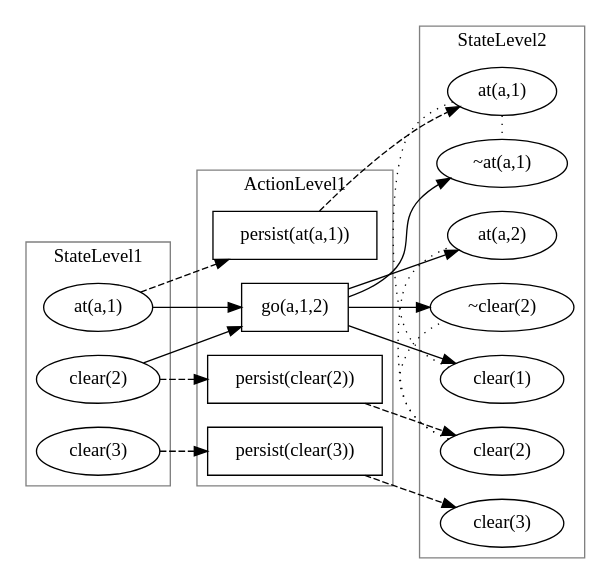
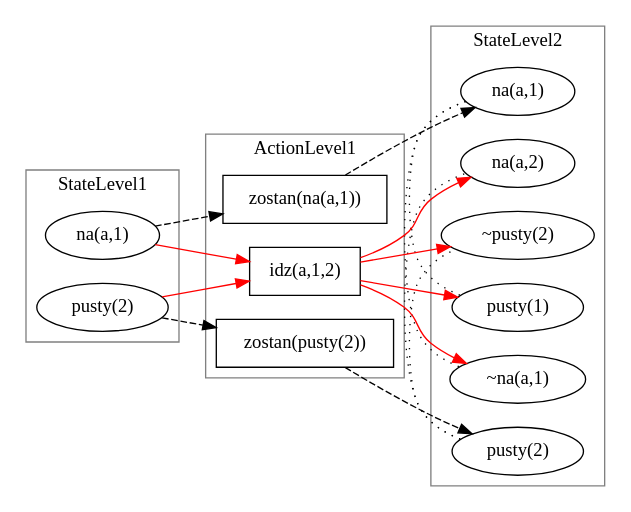
One commit to 41761707/Inzynierka changed the diagram in Inzynierka/sources/GRAPHPLAN.gv. Above: the diagram before and after it, drawn with Graphviz. The commit also changed 4 other files, not shown here.

```diff
--- a/Inzynierka/sources/GRAPHPLAN.gv
+++ b/Inzynierka/sources/GRAPHPLAN.gv
@@ -1,46 +1,41 @@
 digraph G {
 	subgraph cluster_StateLevel1 {
 		color=gray
 		label=StateLevel1
-		"at(a,1)1" [label="at(a,1)" shape=oval]
-		"clear(2)1" [label="clear(2)" shape=oval]
-		"clear(3)1" [label="clear(3)" shape=oval]
+		"na(a,1)1" [label="na(a,1)" shape=oval]
+		"pusty(2)1" [label="pusty(2)" shape=oval]
 	}
-	"at(a,1)2" -> "clear(1)2" [arrowhead=none constraint=false style=dotted]
-	"at(a,1)2" -> "~at(a,1)2" [arrowhead=none constraint=false style=dotted]
-	"clear(2)2" -> "at(a,2)2" [arrowhead=none constraint=false style=dotted]
-	"clear(2)2" -> "~clear(2)2" [arrowhead=none constraint=false style=dotted]
+	"na(a,1)2" -> "pusty(1)2" [arrowhead=none constraint=false style=dotted]
+	"na(a,1)2" -> "~na(a,1)2" [arrowhead=none constraint=false style=dotted]
+	"pusty(2)2" -> "na(a,2)2" [arrowhead=none constraint=false style=dotted]
+	"pusty(2)2" -> "~pusty(2)2" [arrowhead=none constraint=false style=dotted]
 	subgraph cluster_ActionLevel1 {
 		color=gray
 		label=ActionLevel1
-		"persist(clear(3))1" [label="persist(clear(3))" shape=box]
-		"persist(clear(2))1" [label="persist(clear(2))" shape=box]
-		"persist(at(a,1))1" [label="persist(at(a,1))" shape=box]
-		"go(a,1,2)1" [label="go(a,1,2)" shape=box]
-		"persist(at(a,1))1" [label="persist(at(a,1))" shape=box]
+		"zostan(pusty(2))1" [label="zostan(pusty(2))" shape=box]
+		"zostan(na(a,1))1" [label="zostan(na(a,1))" shape=box]
+		"idz(a,1,2)1" [label="idz(a,1,2)" shape=box]
+		"zostan(na(a,1))1" [label="zostan(na(a,1))" shape=box]
 	}
 	subgraph cluster_StateLevel2 {
 		color=gray
 		label=StateLevel2
-		"clear(3)2" [label="clear(3)" shape=oval]
-		"clear(2)2" [label="clear(2)" shape=oval]
-		"at(a,1)2" [label="at(a,1)" shape=oval]
-		"~clear(2)2" [label="~clear(2)" shape=oval]
-		"~at(a,1)2" [label="~at(a,1)" shape=oval]
-		"clear(1)2" [label="clear(1)" shape=oval]
-		"at(a,2)2" [label="at(a,2)" shape=oval]
+		"pusty(2)2" [label="pusty(2)" shape=oval]
+		"na(a,1)2" [label="na(a,1)" shape=oval]
+		"~pusty(2)2" [label="~pusty(2)" shape=oval]
+		"~na(a,1)2" [label="~na(a,1)" shape=oval]
+		"pusty(1)2" [label="pusty(1)" shape=oval]
+		"na(a,2)2" [label="na(a,2)" shape=oval]
 	}
-	"at(a,1)1" -> "persist(at(a,1))1" [style=dashed]
-	"persist(at(a,1))1" -> "at(a,1)2" [style=dashed]
-	"at(a,1)1" -> "go(a,1,2)1"
-	"clear(2)1" -> "go(a,1,2)1"
-	"go(a,1,2)1" -> "at(a,2)2"
-	"go(a,1,2)1" -> "clear(1)2"
-	"go(a,1,2)1" -> "~at(a,1)2"
-	"go(a,1,2)1" -> "~clear(2)2"
-	"clear(2)1" -> "persist(clear(2))1" [style=dashed]
-	"persist(clear(2))1" -> "clear(2)2" [style=dashed]
-	"clear(3)1" -> "persist(clear(3))1" [style=dashed]
-	"persist(clear(3))1" -> "clear(3)2" [style=dashed]
+	"na(a,1)1" -> "zostan(na(a,1))1" [style=dashed]
+	"zostan(na(a,1))1" -> "na(a,1)2" [style=dashed]
+	"na(a,1)1" -> "idz(a,1,2)1" [color=red]
+	"pusty(2)1" -> "idz(a,1,2)1" [color=red]
+	"idz(a,1,2)1" -> "na(a,2)2" [color=red]
+	"idz(a,1,2)1" -> "pusty(1)2" [color=red]
+	"idz(a,1,2)1" -> "~na(a,1)2" [color=red]
+	"idz(a,1,2)1" -> "~pusty(2)2" [color=red]
+	"pusty(2)1" -> "zostan(pusty(2))1" [style=dashed]
+	"zostan(pusty(2))1" -> "pusty(2)2" [style=dashed]
 	rankdir=LR
 }
```
